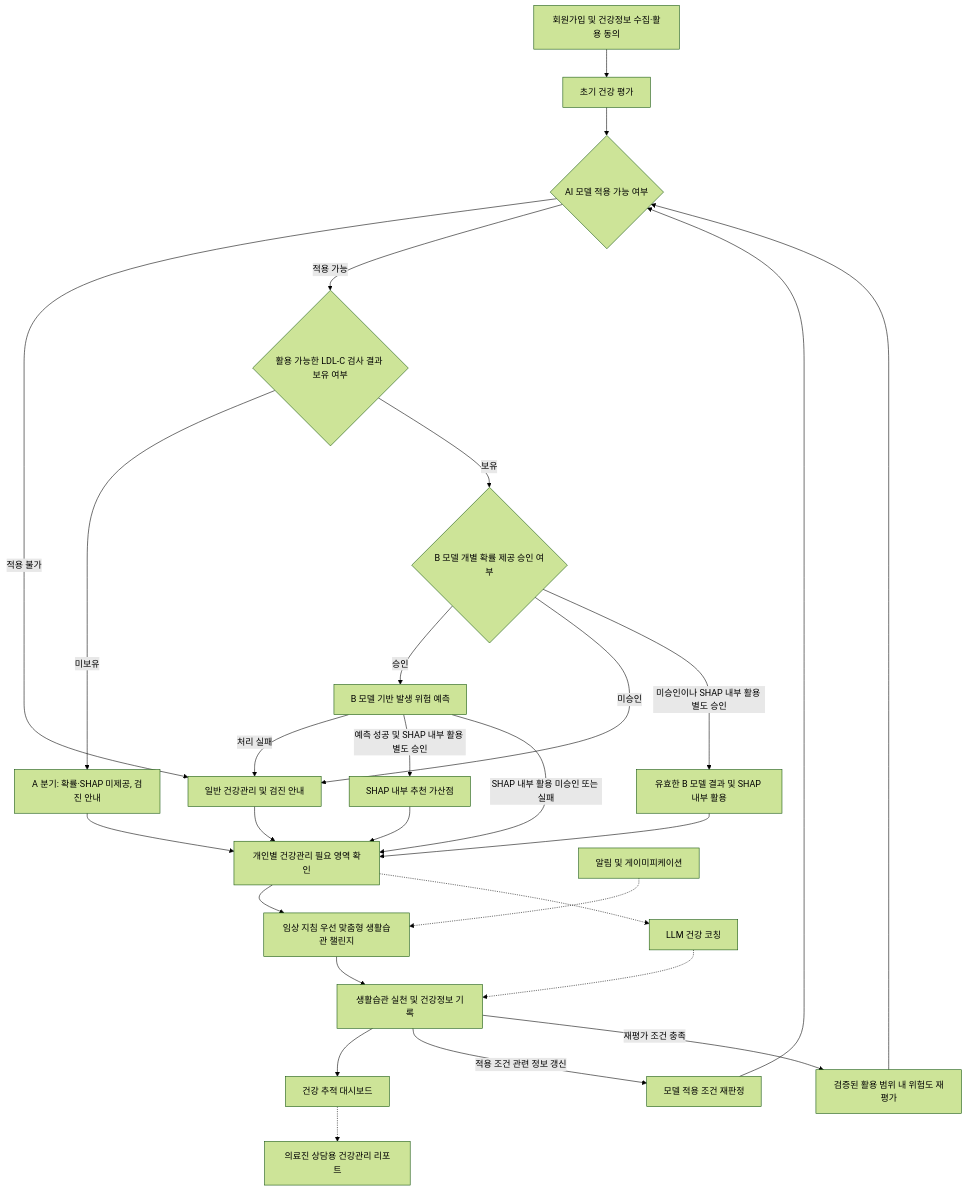
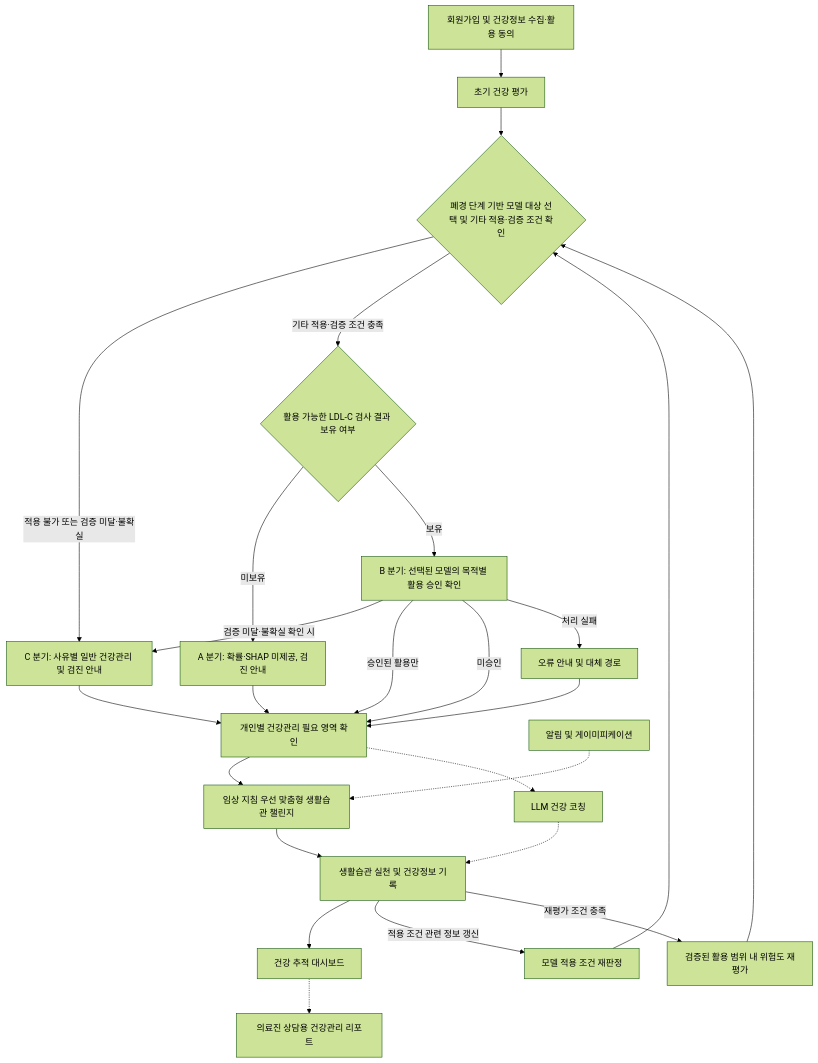
The first of 2 diagrams in docs/planning/WELLOOP_요구사항정의서_v2.0.md (AI-HealthCare-07/welloop), drawn with Mermaid (forest theme) before and after one commit. The commit also changed other lines of this file, not shown here.

````diff
--- a/docs/planning/WELLOOP_요구사항정의서_v2.0.md
+++ b/docs/planning/WELLOOP_요구사항정의서_v2.0.md
@@ -208,30 +215,29 @@
 ```mermaid
+
 flowchart TD
     AUTH["회원가입 및 건강정보 수집·활용 동의"] --> A["초기 건강 평가"]
-    A --> B{"AI 모델 적용 가능 여부"}
-    B -->|적용 불가| F["일반 건강관리 및 검진 안내"]
-    B -->|적용 가능| C{"활용 가능한 LDL-C 검사 결과 보유 여부"}
+    A --> B{"폐경 단계 기반 모델 대상 선택 및 기타 적용·검증 조건 확인"}
+    B -->|적용 불가 또는 검증 미달·불확실| F["C 분기: 사유별 일반 건강관리 및 검진 안내"]
+    B -->|기타 적용·검증 조건 충족| C{"활용 가능한 LDL-C 검사 결과 보유 여부"}
     C -->|미보유| D["A 분기: 확률·SHAP 미제공, 검진 안내"]
-    C -->|보유| B1{"B 모델 개별 확률 제공 승인 여부"}
-    B1 -->|승인| E["B 모델 기반 발생 위험 예측"]
-    B1 -->|미승인| F
-    B1 -->|미승인이나 SHAP 내부 활용 별도 승인| S["유효한 B 모델 결과 및 SHAP 내부 활용"]
-    S --> G
-    E -->|처리 실패| F
-    E -->|예측 성공 및 SHAP 내부 활용 별도 승인| H["SHAP 내부 추천 가산점"]
-    D --> G["개인별 건강관리 필요 영역 확인"]
-    H --> G
-    E -->|SHAP 내부 활용 미승인 또는 실패| G
+    C -->|보유| E["B 분기: 선택된 모델의 목적별 활용 승인 확인"]
+    E -->|검증 미달·불확실 확인 시| F
+    E -->|승인된 활용만| G["개인별 건강관리 필요 영역 확인"]
+    E -->|미승인| G
+    E -->|처리 실패| FAIL["오류 안내 및 대체 경로"]
+    FAIL --> G
+    D --> G
     F --> G
     G --> I["임상 지침 우선 맞춤형 생활습관 챌린지"]
     G -.-> J["LLM 건강 코칭"]
     I --> K["생활습관 실천 및 건강정보 기록"]
     J -.-> K
     L["알림 및 게이미피케이션"] -.-> I
     K --> M["건강 추적 대시보드"]
     M -.-> N["의료진 상담용 건강관리 리포트"]
     K -->|적용 조건 관련 정보 갱신| O["모델 적용 조건 재판정"]
     O --> B
     K -->|재평가 조건 충족| P["검증된 활용 범위 내 위험도 재평가"]
     P --> B
+
 ```
````
